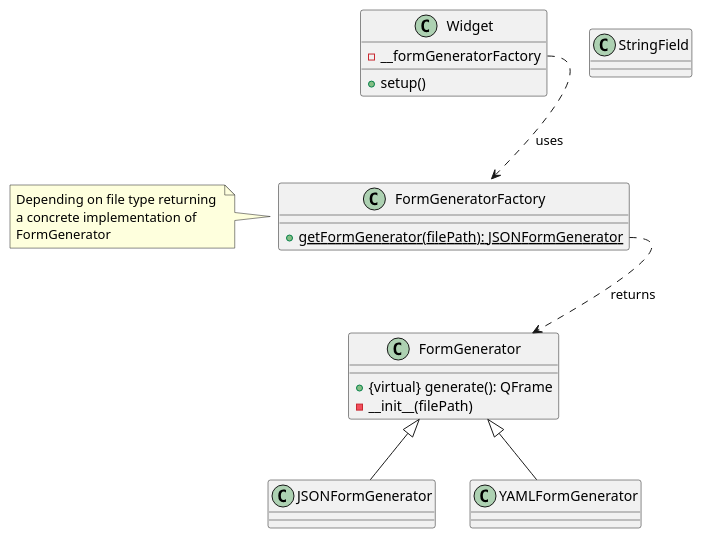
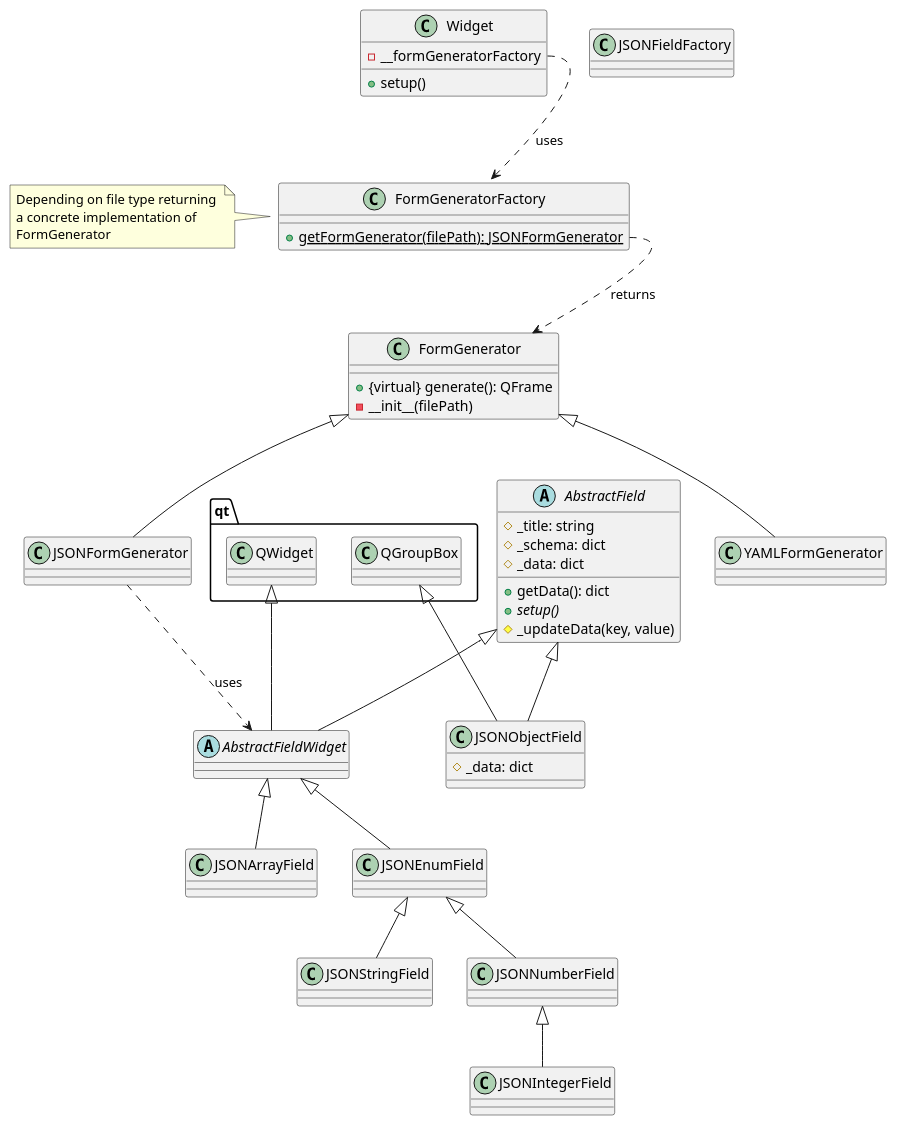
The diagram in Documentation/FormGenerator.puml (QIICR/SlicerPIRADS), drawn with PlantUML before and after one commit. The commit also changed 4 other files, not shown here.

```diff
--- a/Documentation/FormGenerator.puml
+++ b/Documentation/FormGenerator.puml
@@ -1,44 +1,93 @@
 @startuml
 
 class Widget {
   - __formGeneratorFactory
   + setup()
 }
 
 Widget::__formGeneratorFactory ..> FormGeneratorFactory: uses
 
 
 class FormGeneratorFactory {
   + {static} getFormGenerator(filePath): JSONFormGenerator
 }
 
 FormGeneratorFactory::getFormGenerator ..> FormGenerator: returns
 
 class FormGenerator {
   + {virtual} generate(): QFrame
   - __init__(filePath)
 }
 
 ' factory pattern taking json file name returning
 
 class JSONFormGenerator {
 
 }
 
 class YAMLFormGenerator {
 
 }
 
 note left of FormGeneratorFactory: \
 Depending on file type returning \n\
 a concrete implementation of \n\
 FormGenerator
 
 FormGenerator <|-- JSONFormGenerator
 FormGenerator <|-- YAMLFormGenerator
 
-class StringField {
+abstract class AbstractField {
+  # _title: string
+  # _schema: dict
+  # _data: dict
+  + getData(): dict
+  + {abstract} setup()
+  # _updateData(key, value)
+}
+
+AbstractField <|-- AbstractFieldWidget
+qt.QWidget <|-- AbstractFieldWidget
+
+
+abstract class AbstractFieldWidget {
+}
+
+class JSONFieldFactory {
+}
+
+class JSONStringField {
 
 }
 
+class JSONObjectField {
+  # _data: dict
+}
+
+AbstractField <|-- JSONObjectField
+qt.QGroupBox <|-- JSONObjectField
+
+
+class JSONNumberField {
+
+}
+
+class JSONIntegerField {
+
+}
+
+class JSONArrayField {
+}
+
+class JSONEnumField {
+}
+
+AbstractFieldWidget <|-- JSONEnumField
+JSONEnumField <|-- JSONStringField
+JSONEnumField <|-- JSONNumberField
+JSONNumberField <|-- JSONIntegerField
+AbstractFieldWidget <|-- JSONArrayField
+
+JSONFormGenerator ..> AbstractFieldWidget:uses
+
 @enduml
```
